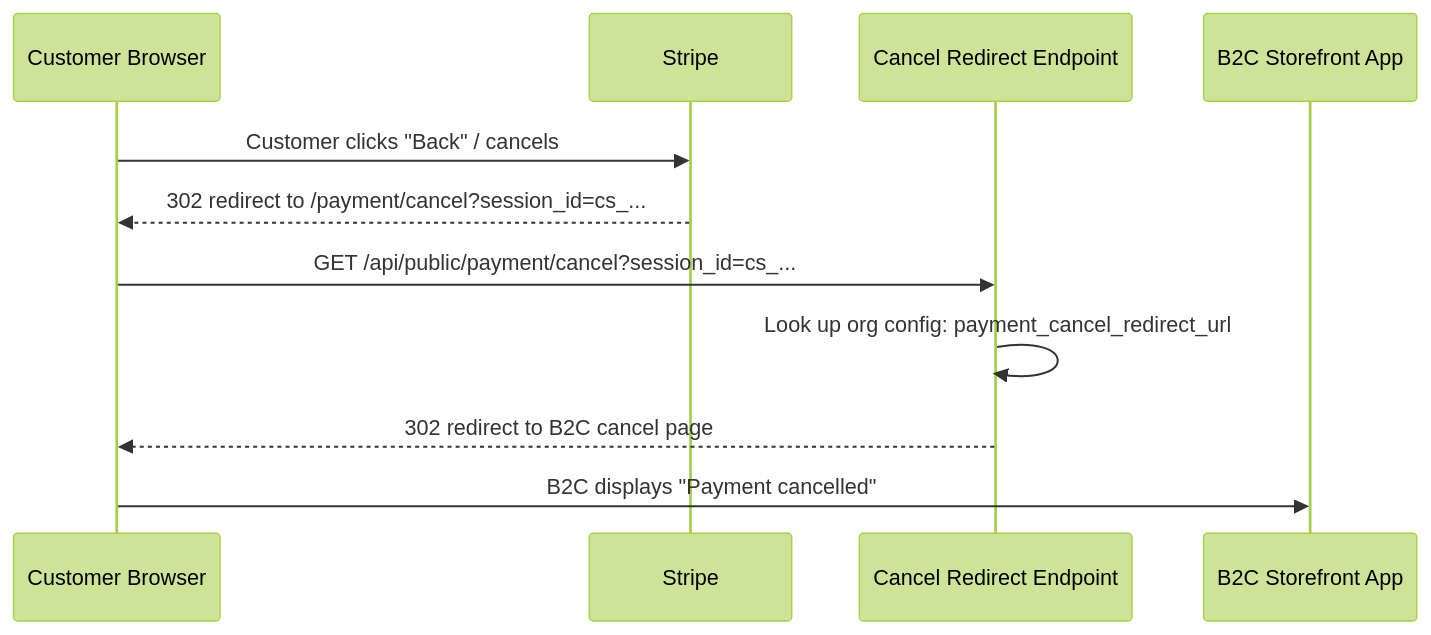
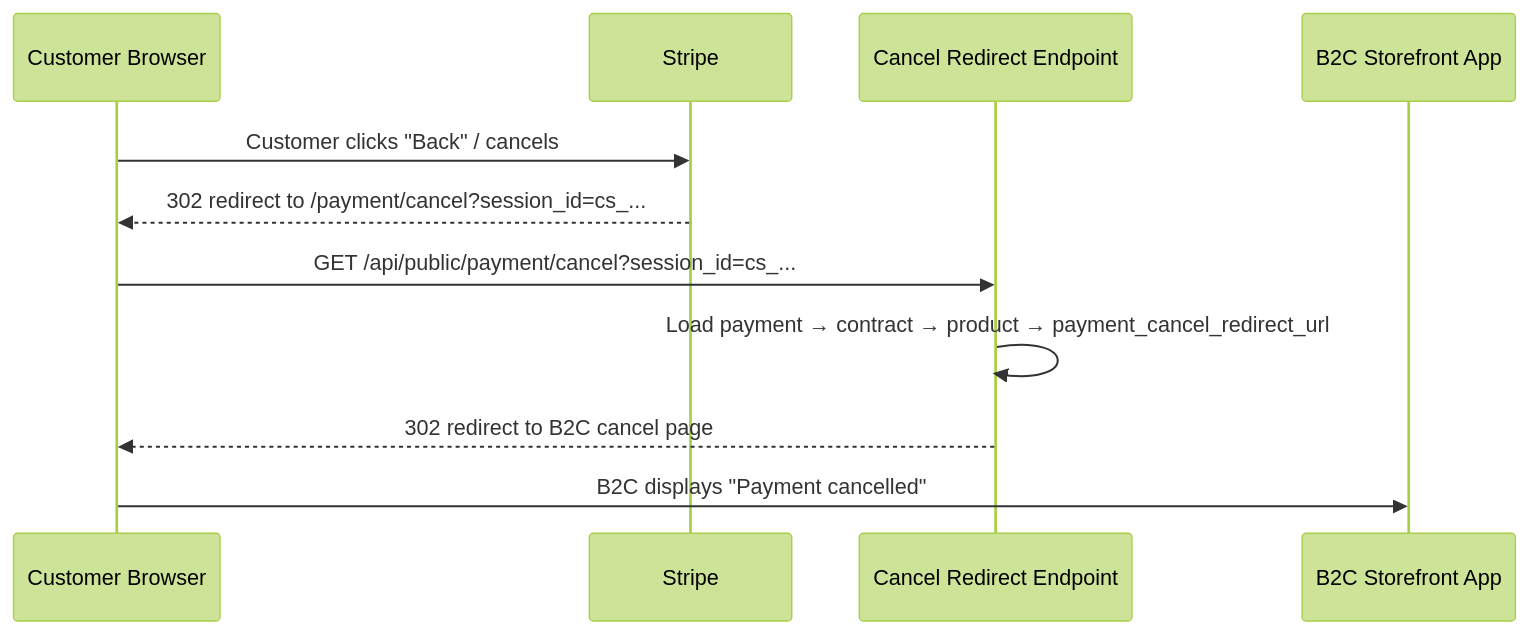
Before and after one commit to abstratium-dev/abstrapact: the fourth of 6 diagrams in docs/DESIGN_OF_PAYMENT.md, drawn with Mermaid (forest theme). The commit also changed other lines of this file and 1 other file, not shown here.

Commit message:
getting read to implement payment

````diff
--- a/docs/DESIGN_OF_PAYMENT.md
+++ b/docs/DESIGN_OF_PAYMENT.md
@@ -836,14 +649,14 @@
 ```mermaid
 sequenceDiagram
     participant Browser as Customer Browser
     participant Stripe
     participant SR as Cancel Redirect Endpoint
     participant B2C as B2C Storefront App
 
     Browser->>Stripe: Customer clicks "Back" / cancels
     Stripe-->>Browser: 302 redirect to /payment/cancel?session_id=cs_...
     Browser->>SR: GET /api/public/payment/cancel?session_id=cs_...
-    SR->>SR: Look up org config: payment_cancel_redirect_url
+    SR->>SR: Load payment → contract → product → payment_cancel_redirect_url
     SR-->>Browser: 302 redirect to B2C cancel page
     Browser->>B2C: B2C displays "Payment cancelled"
 ```
````
